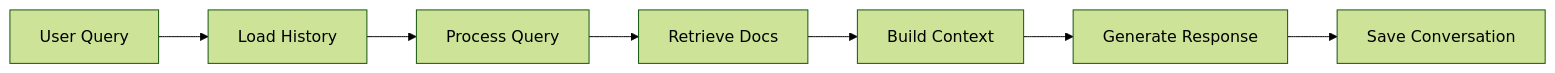
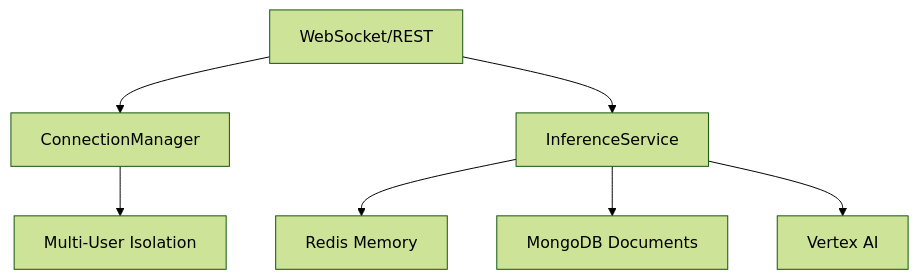
One commit to joybratasarkar/career-guidance-rag changed the second of 3 diagrams in Readme.md. Above: the diagram before and after it, drawn with Mermaid (forest theme). The commit also changed other lines of this file and 11 other files, not shown here.

First line of the commit message:
feat: Implement Dockerized FastAPI and Streamlit application with Redis and MongoDB support

````diff
--- a/Readme.md
+++ b/Readme.md
@@ -201,9 +347,9 @@
 ```mermaid
-graph LR
-    A[User Query] --> B[Load History]
-    B --> C[Process Query]
-    C --> D[Retrieve Docs]
-    D --> E[Build Context]
-    E --> F[Generate Response]
-    F --> G[Save Conversation]
+graph TB
+    A[WebSocket/REST] --> B[ConnectionManager]
+    A --> C[InferenceService]
+    C --> D[Redis Memory]
+    C --> E[MongoDB Documents]
+    C --> F[Vertex AI]
+    B --> G[Multi-User Isolation]
 ```
````
